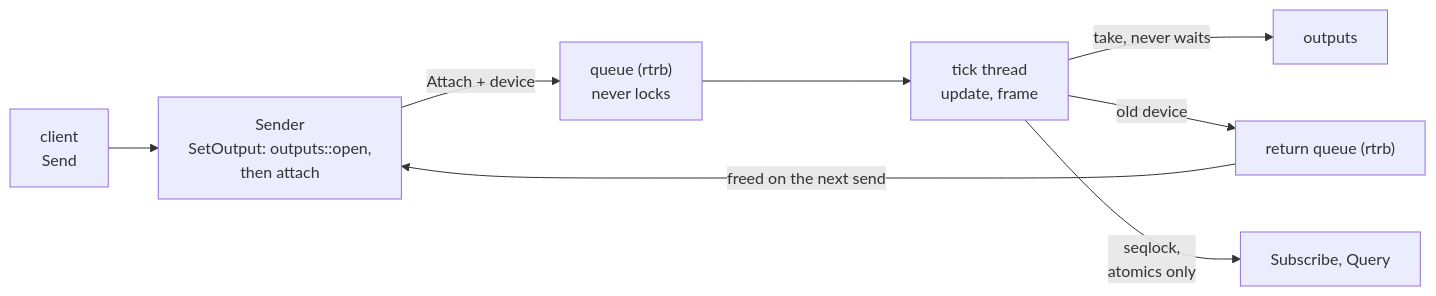
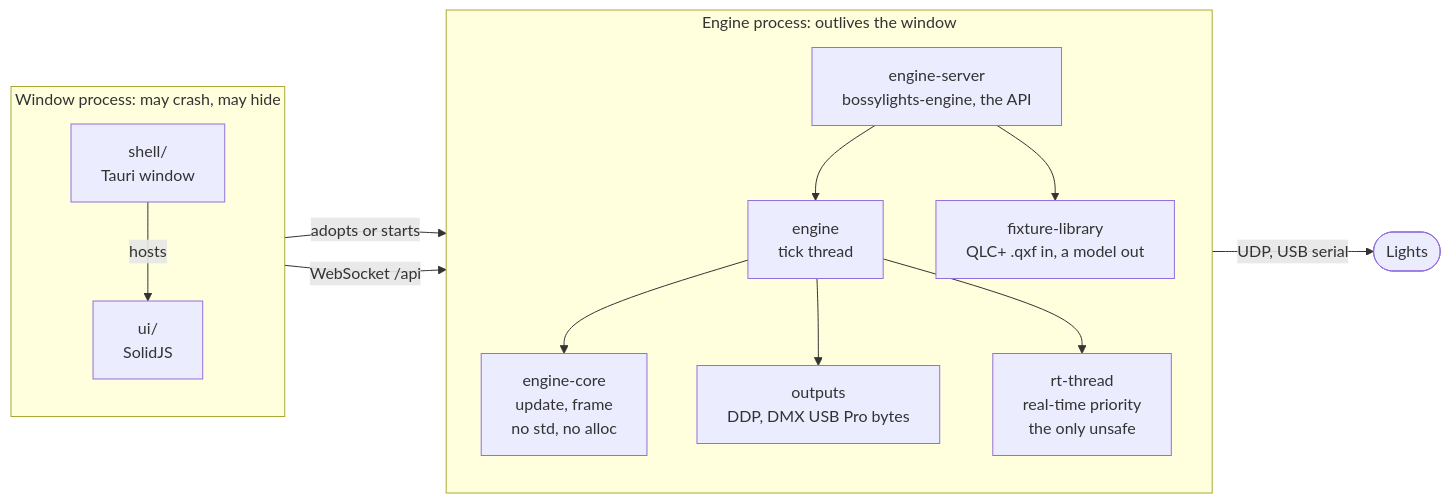
Before and after one commit to abossard/bossylights: the second of 5 diagrams in README.md, drawn with Mermaid. The commit also changed other lines of this file and 7 other files, not shown here.

````diff
--- a/README.md
+++ b/README.md
@@ -37,6 +77,26 @@
 ```mermaid
 flowchart LR
-  C["client<br/>Send"] --> SE["Sender<br/>SetOutput: outputs::open,<br/>then attach"] -- "Attach + device" --> Q["queue (rtrb)<br/>never locks"] --> U["tick thread<br/>update, frame"] -- "take, never waits" --> O["outputs"]
-  U -- "old device" --> R["return queue (rtrb)"] -- "freed on the next send" --> SE
-  U -- "seqlock,<br/>atomics only" --> S["Subscribe, Query"]
+  subgraph WIN["Window process: may crash, may hide"]
+    direction TB
+    SH["shell/<br/>Tauri window"]
+    UI["ui/<br/>SolidJS"]
+    SH -- "hosts" --> UI
+  end
+  subgraph ENG["Engine process: outlives the window"]
+    direction TB
+    ES["engine-server<br/>bossylights-engine, the API"]
+    EN["engine<br/>tick thread"]
+    CO["engine-core<br/>update, frame<br/>no std, no alloc"]
+    OU["outputs<br/>DDP, DMX USB Pro bytes"]
+    RT["rt-thread<br/>real-time priority<br/>the only unsafe"]
+    FL["fixture-library<br/>QLC+ .qxf in, a model out"]
+    ES --> EN
+    ES --> FL
+    EN --> CO
+    EN --> OU
+    EN --> RT
+  end
+  SH -- "adopts or starts" --> ES
+  UI -- "WebSocket /api" --> ES
+  OU -- "UDP, USB serial" --> LIGHTS(["Lights"])
 ```
````
